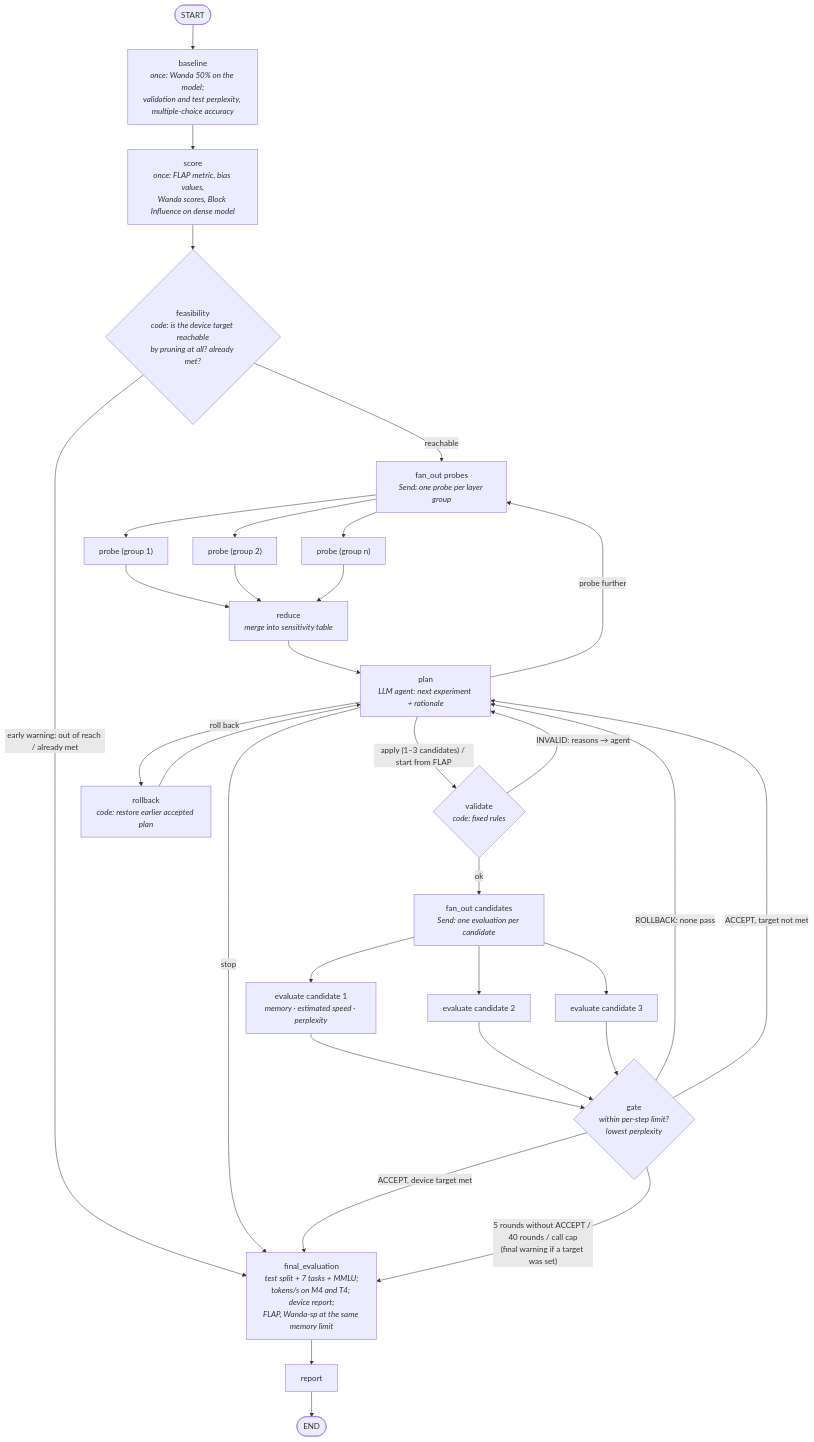
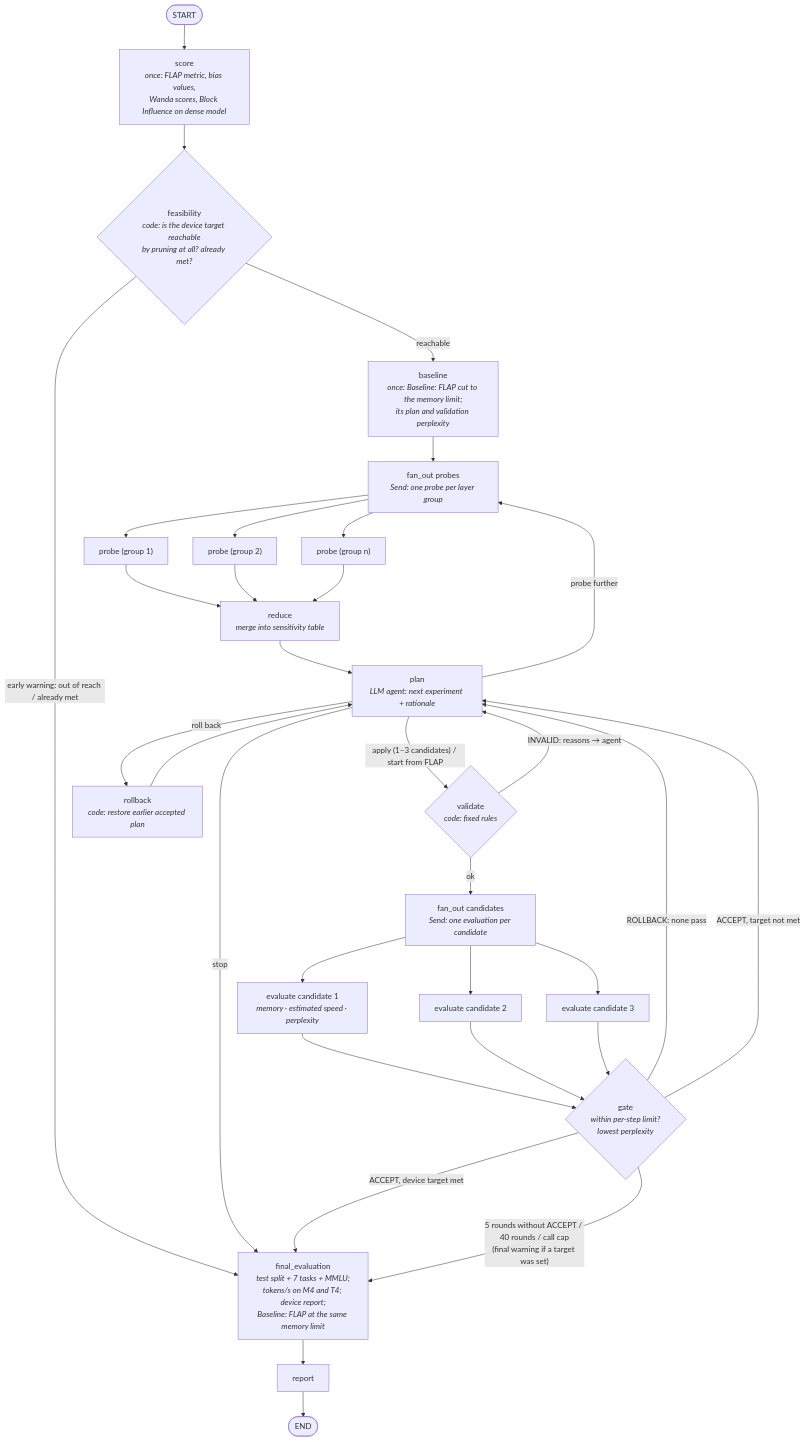
One commit to stephxu96/pruneagent changed the third of 4 diagrams in ARCHITECTURE.md. Above: the diagram before and after it, drawn with Mermaid. The commit also changed other lines of this file and 17 other files, not shown here.

First line of the commit message:
Architecture v0.8: Baseline: FLAP at the same memory limit

````diff
--- a/ARCHITECTURE.md
+++ b/ARCHITECTURE.md
@@ -247,24 +249,24 @@
 ```mermaid
 flowchart TD
-    S([START]) --> BR["baseline<br/><i>once: Wanda 50% on the model;<br/>validation and test perplexity, multiple-choice accuracy</i>"]
-    BR --> SC["score<br/><i>once: FLAP metric, bias values,<br/>Wanda scores, Block Influence on dense model</i>"]
+    S([START]) --> SC["score<br/><i>once: FLAP metric, bias values,<br/>Wanda scores, Block Influence on dense model</i>"]
     SC --> FE{"feasibility<br/><i>code: is the device target reachable<br/>by pruning at all? already met?</i>"}
     FE -- "early warning: out of reach / already met" --> FN
-    FE -- "reachable" --> FO["fan_out probes<br/><i>Send: one probe per layer group</i>"]
+    FE -- "reachable" --> BR["baseline<br/><i>once: Baseline: FLAP cut to the memory limit;<br/>its plan and validation perplexity</i>"]
+    BR --> FO["fan_out probes<br/><i>Send: one probe per layer group</i>"]
     FO --> PB1["probe (group 1)"] & PB2["probe (group 2)"] & PBN["probe (group n)"]
     PB1 & PB2 & PBN --> RD["reduce<br/><i>merge into sensitivity table</i>"]
     RD --> PL["plan<br/><i>LLM agent: next experiment + rationale</i>"]
     PL -- "probe further" --> FO
     PL -- "stop" --> FN
     PL -- "apply (1–3 candidates) / start from FLAP" --> VA{"validate<br/><i>code: fixed rules</i>"}
     PL -- "roll back" --> RB["rollback<br/><i>code: restore earlier accepted plan</i>"] --> PL
     VA -- "INVALID: reasons → agent" --> PL
     VA -- "ok" --> FC["fan_out candidates<br/><i>Send: one evaluation per candidate</i>"]
     FC --> E1["evaluate candidate 1<br/><i>memory · estimated speed · perplexity</i>"] & E2["evaluate candidate 2"] & E3["evaluate candidate 3"]
     E1 & E2 & E3 --> GT{"gate<br/><i>within per-step limit?<br/>lowest perplexity</i>"}
     GT -- "ROLLBACK: none pass" --> PL
     GT -- "ACCEPT, target not met" --> PL
     GT -- "ACCEPT, device target met" --> FN
-    GT -- "5 rounds without ACCEPT / 40 rounds / call cap<br/>(final warning if a target was set)" --> FN["final_evaluation<br/><i>test split + 7 tasks + MMLU;<br/>tokens/s on M4 and T4; device report;<br/>FLAP, Wanda-sp at the same memory limit</i>"]
+    GT -- "5 rounds without ACCEPT / 40 rounds / call cap<br/>(final warning if a target was set)" --> FN["final_evaluation<br/><i>test split + 7 tasks + MMLU;<br/>tokens/s on M4 and T4; device report;<br/>Baseline: FLAP at the same memory limit</i>"]
     FN --> RP["report"] --> E([END])
 ```
````
